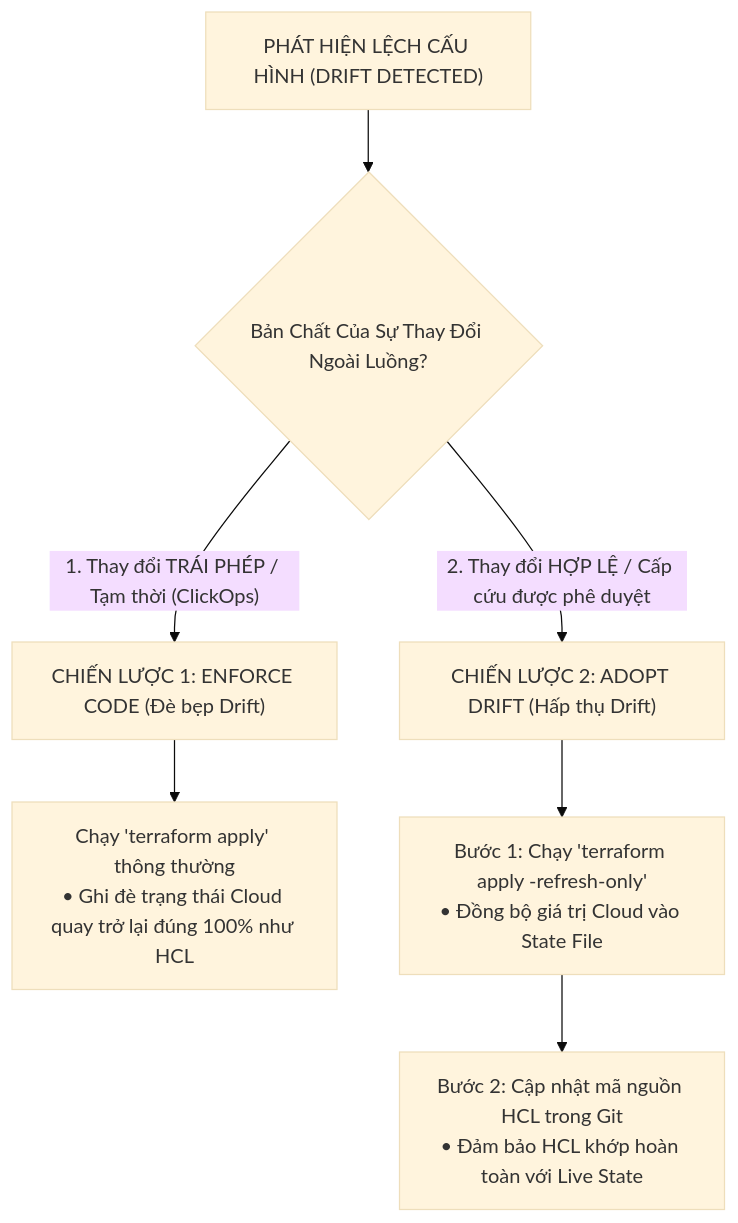
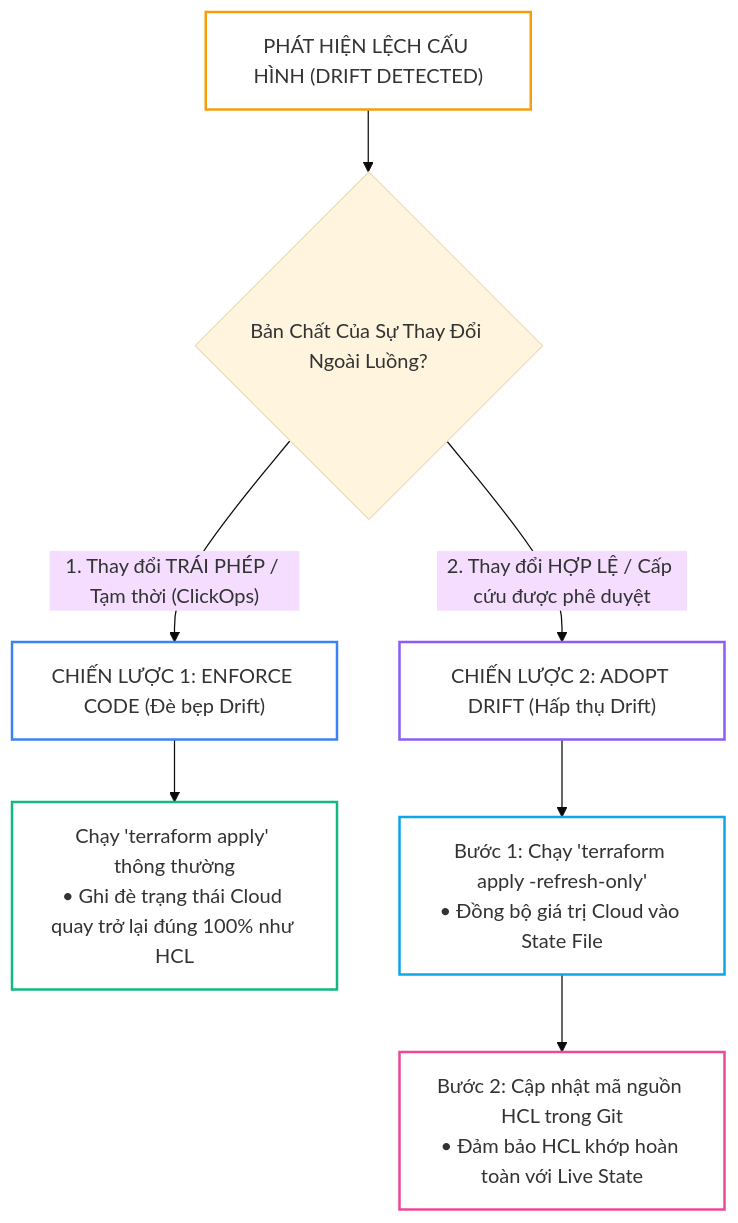
One commit to kiennt308/ntk changed the second of 3 diagrams in _posts/2026-09-13-terraform-09-09-xu-ly-drift-ha-tang-refresh-only-reconciliation-va-chong-that-thoat-tai-nguyen.md. Above: the diagram before and after it, drawn with Mermaid (base theme). The commit also changed other lines of this file and 26 other files, not shown here.

Commit message:
style(terraform): standardize presentation, complete titles & summaries, tailor tldr, and optimize lab tables & mermaid across Bài 05 to Bài 31

````diff
--- a/_posts/2026-09-13-terraform-09-09-xu-ly-drift-ha-tang-refresh-only-reconciliation-va-chong-that-thoat-tai-nguyen.md
+++ b/_posts/2026-09-13-terraform-09-09-xu-ly-drift-ha-tang-refresh-only-reconciliation-va-chong-that-thoat-tai-nguyen.md
@@ -72,13 +74,18 @@
 ```mermaid
 flowchart TD
     D["PHÁT HIỆN LỆCH CẤU HÌNH (DRIFT DETECTED)"] --> Choice{"Bản Chất Của Sự Thay Đổi Ngoài Luồng?"}
     
     Choice -->|"1. Thay đổi TRÁI PHÉP / Tạm thời (ClickOps)"| Enforce["CHIẾN LƯỢC 1: ENFORCE CODE (Đè bẹp Drift)"]
     Enforce --> Action1["Chạy 'terraform apply' thông thường<br/>• Ghi đè trạng thái Cloud quay trở lại đúng 100% như HCL"]
 
     Choice -->|"2. Thay đổi HỢP LỆ / Cấp cứu được phê duyệt"| Adopt["CHIẾN LƯỢC 2: ADOPT DRIFT (Hấp thụ Drift)"]
     Adopt --> Action2["Bước 1: Chạy 'terraform apply -refresh-only'<br/>• Đồng bộ giá trị Cloud vào State File"]
     Action2 --> Action3["Bước 2: Cập nhật mã nguồn HCL trong Git<br/>• Đảm bảo HCL khớp hoàn toàn với Live State"]
 
-
+    style Enforce fill:none,stroke:#3b82f6,stroke-width:2px
+    style Action2 fill:none,stroke:#0ea5e9,stroke-width:2px
+    style Action1 fill:none,stroke:#10b981,stroke-width:2px
+    style D fill:none,stroke:#f59e0b,stroke-width:2px
+    style Adopt fill:none,stroke:#8b5cf6,stroke-width:2px
+    style Action3 fill:none,stroke:#ec4899,stroke-width:2px
 ```
````
